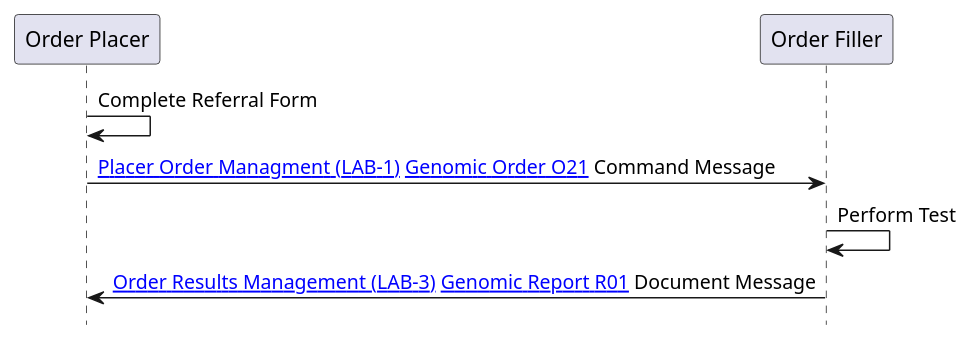
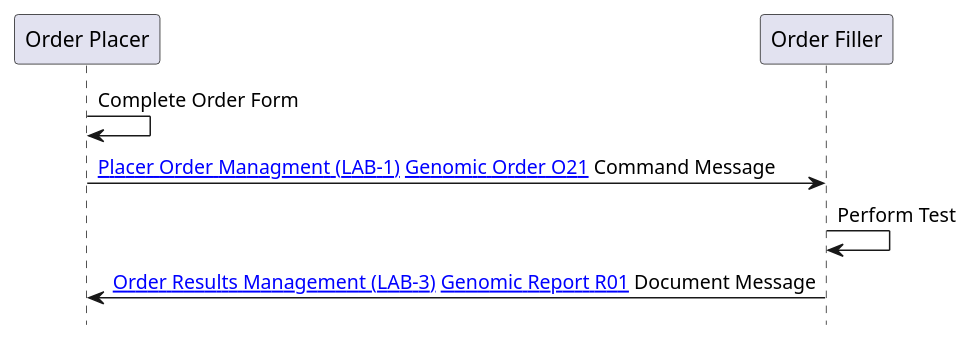
Before and after one commit to nw-gmsa/nw-gmsa.github.com: the diagram in input/images-source/LTW-now-sequence.plantuml, drawn with PlantUML. The commit also changed 3 other files, not shown here.

```diff
--- a/input/images-source/LTW-now-sequence.plantuml
+++ b/input/images-source/LTW-now-sequence.plantuml
@@ -1,15 +1,15 @@
 @startuml
 
 hide footbox
 
 participant "Order Placer" as EPR
 participant "Order Filler" as LIMS
 
 
-EPR -> EPR: Complete Referral Form
+EPR -> EPR: Complete Order Form
 EPR -> LIMS: [[LAB-1.html Placer Order Managment (LAB-1)]] [[DDD-TestOrder.html Genomic Order O21]] Command Message
 LIMS -> LIMS: Perform Test
 LIMS -> EPR: [[LAB-3.html Order Results Management (LAB-3)]] [[DDD-TestReport.html Genomic Report R01]] Document Message
 
 
 @enduml
```
